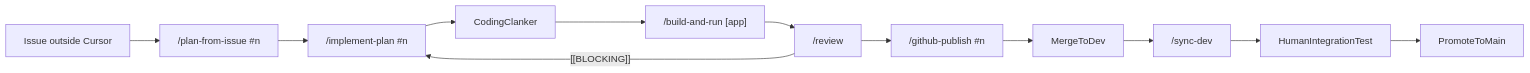
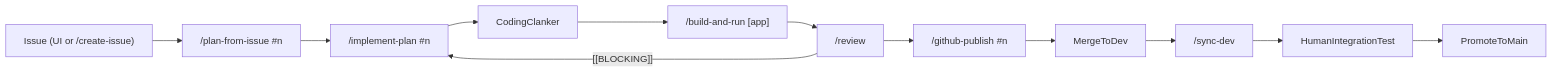
Before and after one commit to devkfmn/playground: the diagram in docs/cursor-operating-model-architecture.md, drawn with Mermaid. The commit also changed other lines of this file and 8 other files, not shown here.

First line of the commit message:
docs: add /create-issue skill and align workflow documentation

````diff
--- a/docs/cursor-operating-model-architecture.md
+++ b/docs/cursor-operating-model-architecture.md
@@ -47,15 +47,15 @@
 ```mermaid
 flowchart LR
-  issue["Issue outside Cursor"] --> plan["/plan-from-issue #n"]
+  issueStart["Issue (UI or /create-issue)"] --> plan["/plan-from-issue #n"]
   plan --> impl["/implement-plan #n"]
   impl --> coding[CodingClanker]
   coding --> run["/build-and-run [app]"]
   run --> rev["/review"]
   rev --> publish["/github-publish #n"]
   publish --> dev[MergeToDev]
   dev --> sync["/sync-dev"]
   sync --> integration[HumanIntegrationTest]
   integration --> main[PromoteToMain]
 
   rev -->|"[[BLOCKING]]"| impl
 ```
````
